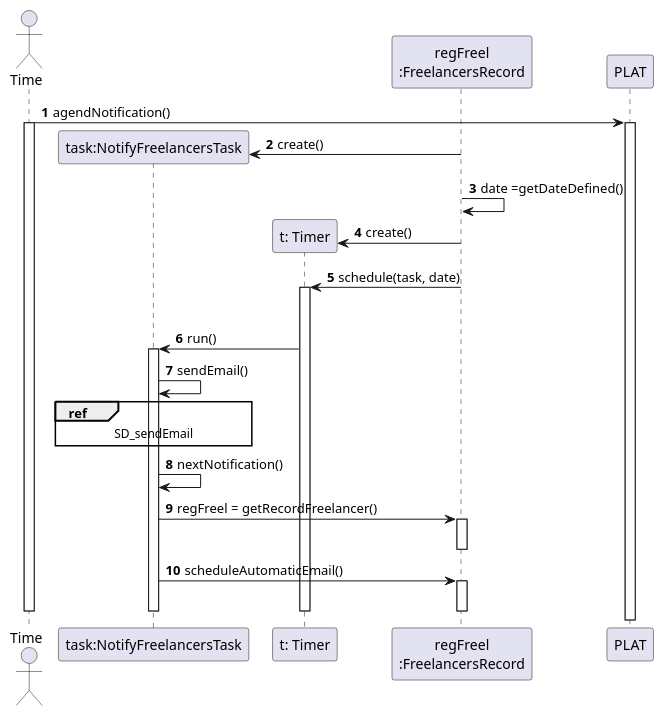
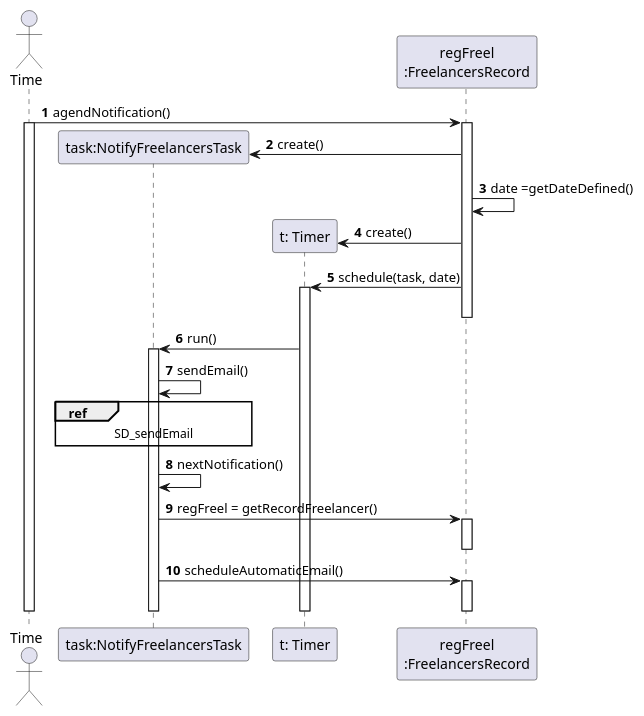
The diagram in docs/UC10 - Notify delayed freelancers (automatically)/UC10_SD1.puml (pedrolemos4/LAPR2), drawn with PlantUML before and after one commit. The commit also changed 1 other file, not shown here.

```diff
--- a/docs/UC10 - Notify delayed freelancers (automatically)/UC10_SD1.puml
+++ b/docs/UC10 - Notify delayed freelancers (automatically)/UC10_SD1.puml
@@ -1,46 +1,46 @@
 @startuml
 autonumber
 
 actor "Time" as TEMPO
 
 participant "task:NotifyFreelancersTask" as SCAT
 participant "t: Timer" as TIMER
 participant "regFreel\n:FreelancersRecord" as RFREEL
 
 
-TEMPO -> PLAT : agendNotification()
+TEMPO -> RFREEL : agendNotification()
 activate TEMPO
+activate RFREEL
 
-activate PLAT
 RFREEL -> SCAT** : create()
 RFREEL -> RFREEL : date =getDateDefined()
 RFREEL -> TIMER** : create()
 RFREEL -> TIMER : schedule(task, date)
 activate TIMER
 deactivate RFREEL
 
 TIMER -> SCAT : run()
 activate SCAT
 SCAT -> SCAT : sendEmail()
 
 REF over SCAT
 SD_sendEmail
 end REF
 
 SCAT -> SCAT : nextNotification()
 
 
 SCAT -> RFREEL : regFreel = getRecordFreelancer()
 activate RFREEL
 deactivate RFREEL
 
 SCAT -> RFREEL : scheduleAutomaticEmail()
 activate RFREEL
 deactivate RFREEL
 
 deactivate TIMER
 deactivate SCAT
 deactivate TEMPO
 
 
 @enduml
```
